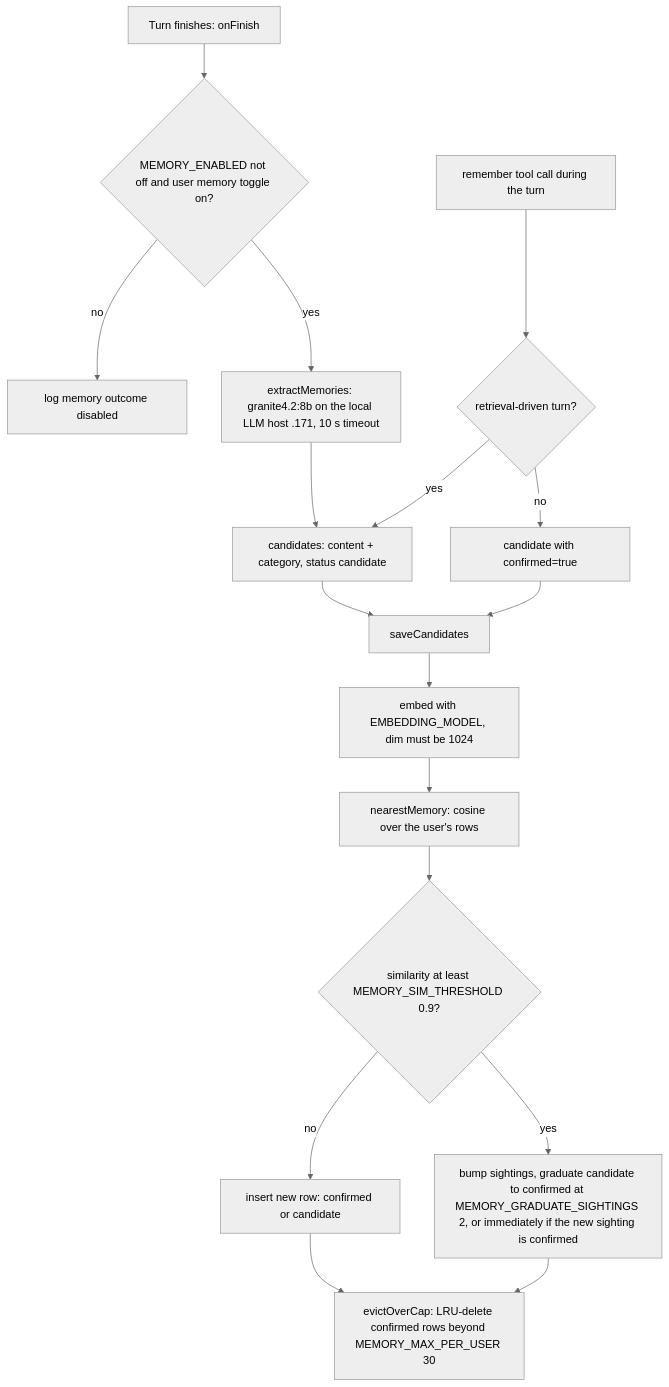
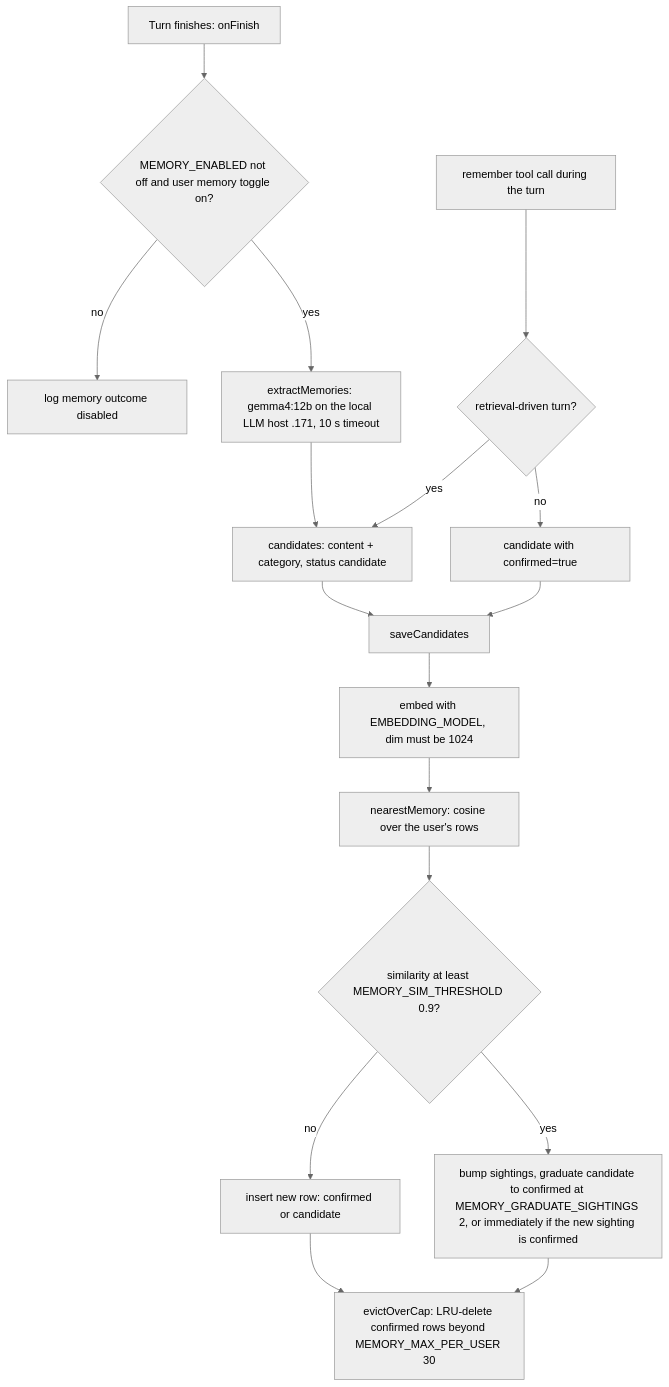
One commit to hbqdev/ask changed the first of 2 diagrams in docs-site/docs/knowledge/memory-recall.md. Above: the diagram before and after it, drawn with Mermaid (neutral theme). The commit also changed other lines of this file and 26 other files, not shown here.

First line of the commit message:
feat(local-llm): default the local small-model jobs to gemma4:12b

````diff
--- a/docs-site/docs/knowledge/memory-recall.md
+++ b/docs-site/docs/knowledge/memory-recall.md
@@ -36,19 +36,19 @@
 ```mermaid
 flowchart TD
   A[Turn finishes: onFinish] --> B{MEMORY_ENABLED not off and user memory toggle on?}
   B -- no --> Z[log memory outcome disabled]
-  B -- yes --> C[extractMemories: granite4.2:8b on the local LLM host .171, 10 s timeout]
+  B -- yes --> C[extractMemories: gemma4:12b on the local LLM host .171, 10 s timeout]
   C --> D[candidates: content + category, status candidate]
   R[remember tool call during the turn] --> E{retrieval-driven turn?}
   E -- yes --> D
   E -- no --> F[candidate with confirmed=true]
   D --> G[saveCandidates]
   F --> G
   G --> H[embed with EMBEDDING_MODEL, dim must be 1024]
   H --> I[nearestMemory: cosine over the user's rows]
   I --> J{similarity at least MEMORY_SIM_THRESHOLD 0.9?}
   J -- no --> K[insert new row: confirmed or candidate]
   J -- yes --> L[bump sightings, graduate candidate to confirmed at MEMORY_GRADUATE_SIGHTINGS 2, or immediately if the new sighting is confirmed]
   K --> M[evictOverCap: LRU-delete confirmed rows beyond MEMORY_MAX_PER_USER 30]
   L --> M
 ```
````
